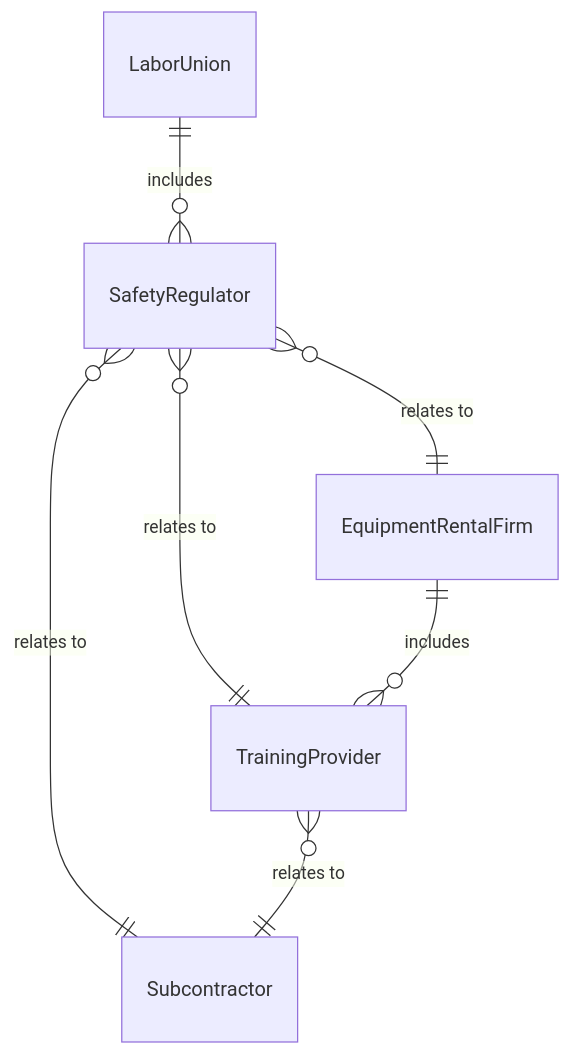
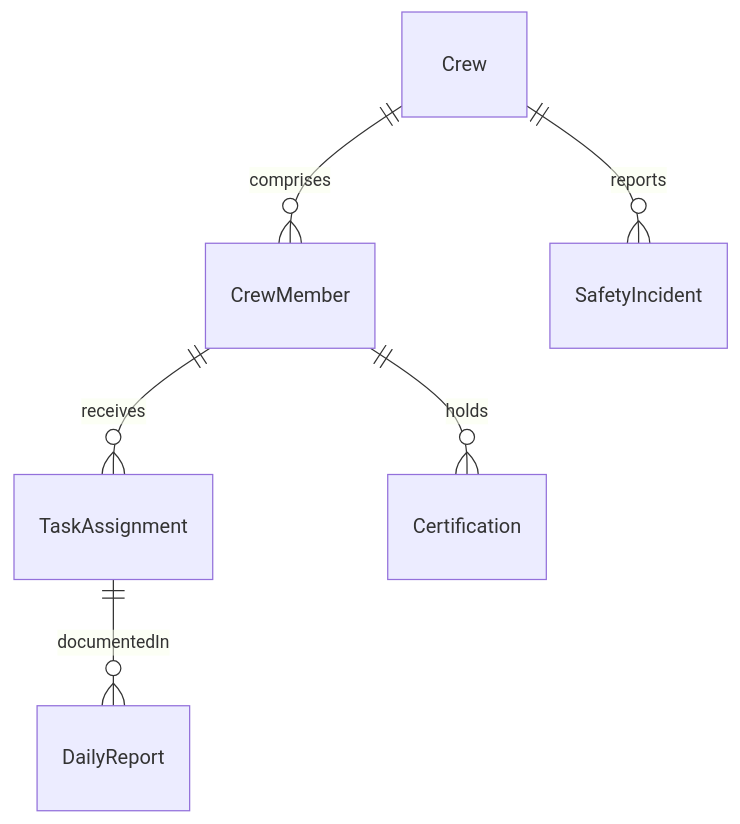
One commit to dot-org-ai/tasks.org.ai changed the first of 4 diagrams in GuidingDirectingAndMotivatingSubordinates/DirectConstructionOrExtractionActivities/DirectConstructionExtractionPersonnel.mdx. Above: the diagram before and after it, drawn with Mermaid. The commit also changed other lines of this file and 515 other files, not shown here.

````diff
--- a/GuidingDirectingAndMotivatingSubordinates/DirectConstructionOrExtractionActivities/DirectConstructionExtractionPersonnel.mdx
+++ b/GuidingDirectingAndMotivatingSubordinates/DirectConstructionOrExtractionActivities/DirectConstructionExtractionPersonnel.mdx
@@ -89,9 +89,8 @@
 ```mermaid
 erDiagram
-    LaborUnion ||--o{ SafetyRegulator : includes
-    SafetyRegulator }o--|| EquipmentRentalFirm : "relates to"
-    SafetyRegulator }o--|| TrainingProvider : "relates to"
-    SafetyRegulator }o--|| Subcontractor : "relates to"
-    EquipmentRentalFirm ||--o{ TrainingProvider : includes
-    TrainingProvider }o--|| Subcontractor : "relates to"
+    Crew ||--o{ CrewMember : comprises
+    CrewMember ||--o{ TaskAssignment : receives
+    CrewMember ||--o{ Certification : holds
+    TaskAssignment ||--o{ DailyReport : documentedIn
+    Crew ||--o{ SafetyIncident : reports
 ```
````
